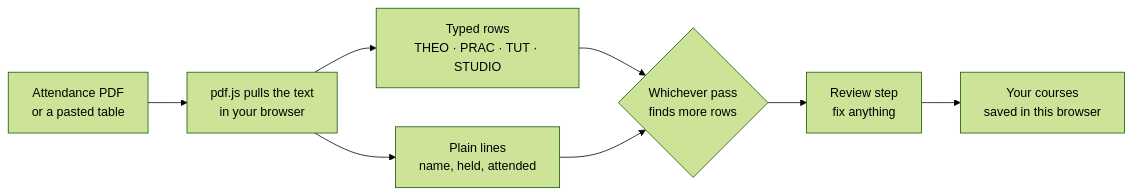
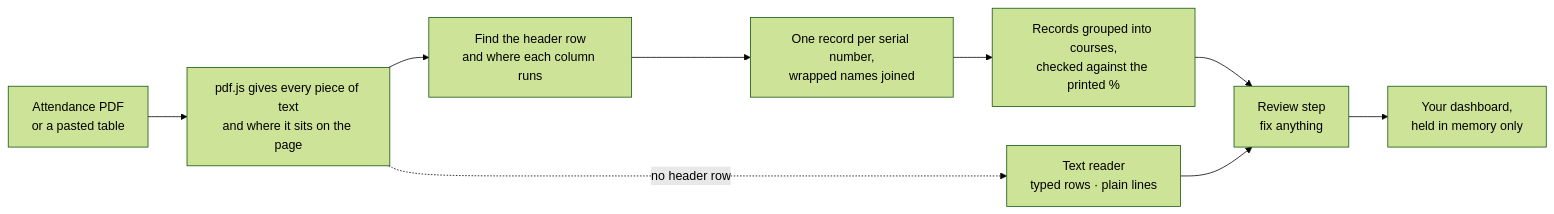
Before and after one commit to sirgreaseball/threshold: the diagram in README.md, drawn with Mermaid (forest theme). The commit also changed other lines of this file and 19 other files, not shown here.

````diff
--- a/README.md
+++ b/README.md
@@ -106,10 +106,11 @@
 ```mermaid
 flowchart LR
-  A["Attendance PDF<br/>or a pasted table"] --> B["pdf.js pulls the text<br/>in your browser"]
-  B --> C["Typed rows<br/>THEO · PRAC · TUT · STUDIO"]
-  B --> D["Plain lines<br/>name, held, attended"]
-  C --> E{"Whichever pass<br/>finds more rows"}
-  D --> E
+  A["Attendance PDF<br/>or a pasted table"] --> B["pdf.js gives every piece of text<br/>and where it sits on the page"]
+  B --> C["Find the header row<br/>and where each column runs"]
+  C --> D["One record per serial number,<br/>wrapped names joined"]
+  D --> E["Records grouped into courses,<br/>checked against the printed %"]
   E --> F["Review step<br/>fix anything"]
-  F --> G["Your courses<br/>saved in this browser"]
+  F --> G["Your dashboard,<br/>held in memory only"]
+  B -. "no header row" .-> H["Text reader<br/>typed rows · plain lines"]
+  H --> F
 ```
````
